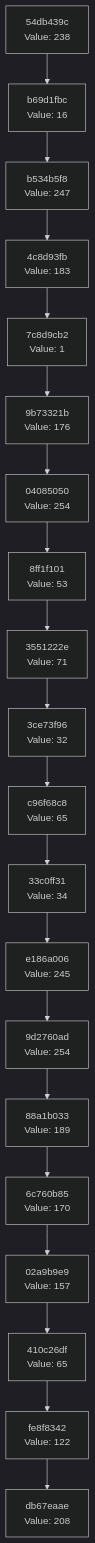
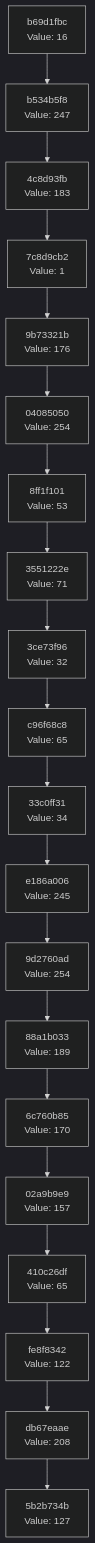
Before and after one commit to Abhisheksinha1506/hash-chain-evolver: the diagram in docs/CHAIN_VISUALIZATION.md, drawn with Mermaid (dark theme). The commit also changed 2 other files, not shown here.

Commit message:
Evolution Step

````diff
--- a/docs/CHAIN_VISUALIZATION.md
+++ b/docs/CHAIN_VISUALIZATION.md
@@ -3,42 +3,42 @@
 ```mermaid
 graph TD
-    C0["db67eaae<br/>Value: 208"]
-    C1["fe8f8342<br/>Value: 122"]
+    C0["5b2b734b<br/>Value: 127"]
+    C1["db67eaae<br/>Value: 208"]
     C1 --> C0
-    C2["410c26df<br/>Value: 65"]
+    C2["fe8f8342<br/>Value: 122"]
     C2 --> C1
-    C3["02a9b9e9<br/>Value: 157"]
+    C3["410c26df<br/>Value: 65"]
     C3 --> C2
-    C4["6c760b85<br/>Value: 170"]
+    C4["02a9b9e9<br/>Value: 157"]
     C4 --> C3
-    C5["88a1b033<br/>Value: 189"]
+    C5["6c760b85<br/>Value: 170"]
     C5 --> C4
-    C6["9d2760ad<br/>Value: 254"]
+    C6["88a1b033<br/>Value: 189"]
     C6 --> C5
-    C7["e186a006<br/>Value: 245"]
+    C7["9d2760ad<br/>Value: 254"]
     C7 --> C6
-    C8["33c0ff31<br/>Value: 34"]
+    C8["e186a006<br/>Value: 245"]
     C8 --> C7
-    C9["c96f68c8<br/>Value: 65"]
+    C9["33c0ff31<br/>Value: 34"]
     C9 --> C8
-    C10["3ce73f96<br/>Value: 32"]
+    C10["c96f68c8<br/>Value: 65"]
     C10 --> C9
-    C11["3551222e<br/>Value: 71"]
+    C11["3ce73f96<br/>Value: 32"]
     C11 --> C10
-    C12["8ff1f101<br/>Value: 53"]
+    C12["3551222e<br/>Value: 71"]
     C12 --> C11
-    C13["04085050<br/>Value: 254"]
+    C13["8ff1f101<br/>Value: 53"]
     C13 --> C12
-    C14["9b73321b<br/>Value: 176"]
+    C14["04085050<br/>Value: 254"]
     C14 --> C13
-    C15["7c8d9cb2<br/>Value: 1"]
+    C15["9b73321b<br/>Value: 176"]
     C15 --> C14
-    C16["4c8d93fb<br/>Value: 183"]
+    C16["7c8d9cb2<br/>Value: 1"]
     C16 --> C15
-    C17["b534b5f8<br/>Value: 247"]
+    C17["4c8d93fb<br/>Value: 183"]
     C17 --> C16
-    C18["b69d1fbc<br/>Value: 16"]
+    C18["b534b5f8<br/>Value: 247"]
     C18 --> C17
-    C19["54db439c<br/>Value: 238"]
+    C19["b69d1fbc<br/>Value: 16"]
     C19 --> C18
 ```
````
